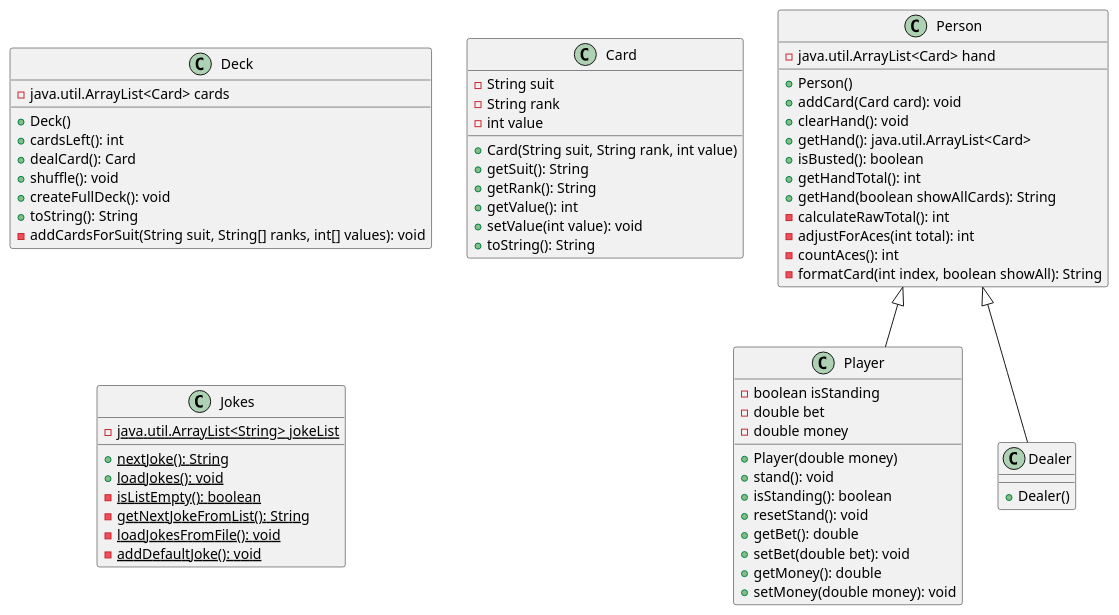
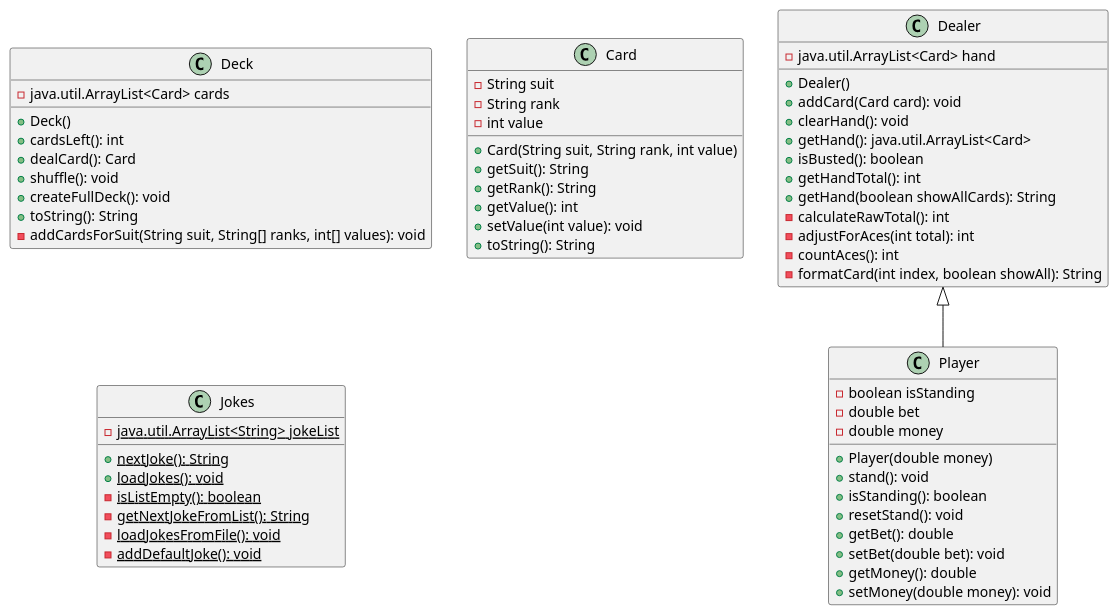
One commit to DevHamzaKhan/blackjack changed the diagram in UML.puml. Above: the diagram before and after it, drawn with PlantUML. The commit also changed 3 other files, not shown here.

Commit message:
Dealer Person swap

```diff
--- a/UML.puml
+++ b/UML.puml
@@ -1,69 +1,66 @@
 @startuml
 
 class Deck {
   - java.util.ArrayList<Card> cards
   + Deck()
   + cardsLeft(): int
   + dealCard(): Card
   + shuffle(): void
   + createFullDeck(): void
   + toString(): String
   - addCardsForSuit(String suit, String[] ranks, int[] values): void
 }
 
 class Card {
   - String suit
   - String rank
   - int value
   + Card(String suit, String rank, int value)
   + getSuit(): String
   + getRank(): String
   + getValue(): int
   + setValue(int value): void
   + toString(): String
 }
 
-class Person {
+class Dealer {
   - java.util.ArrayList<Card> hand
-  + Person()
+  + Dealer()
   + addCard(Card card): void
   + clearHand(): void
   + getHand(): java.util.ArrayList<Card>
   + isBusted(): boolean
   + getHandTotal(): int
   + getHand(boolean showAllCards): String
   - calculateRawTotal(): int
   - adjustForAces(int total): int
   - countAces(): int
   - formatCard(int index, boolean showAll): String
 }
 
-class Player extends Person {
+class Player extends Dealer {
   - boolean isStanding
   - double bet
   - double money
   + Player(double money)
   + stand(): void
   + isStanding(): boolean
   + resetStand(): void
   + getBet(): double
   + setBet(double bet): void
   + getMoney(): double
   + setMoney(double money): void
 }
 
-class Dealer extends Person {
-  + Dealer()
-}
 
 class Jokes {
   {static} - java.util.ArrayList<String> jokeList
   {static} + nextJoke(): String
   {static} + loadJokes(): void
   {static} - isListEmpty(): boolean
   {static} - getNextJokeFromList(): String
   {static} - loadJokesFromFile(): void
   {static} - addDefaultJoke(): void
 }
 
 @enduml
```
